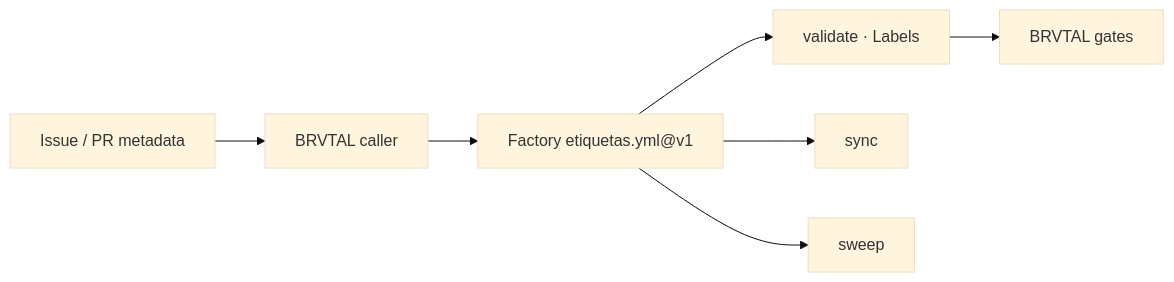
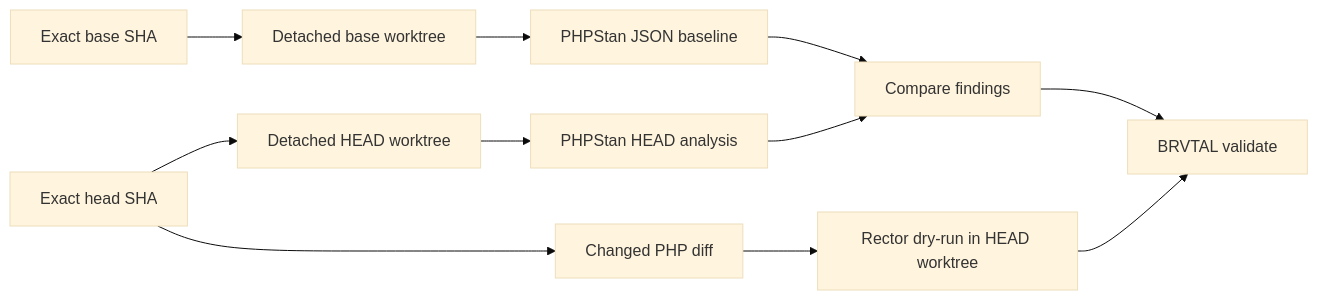
The diagram in README.md (pl0n3r/brvtal), drawn with Mermaid (base theme) before and after one commit. The commit also changed other lines of this file and 9 other files, not shown here.

First line of the commit message:
ci(quality): PHPStan baseline + Rector dry-run gates (#687)

````diff
--- a/README.md
+++ b/README.md
@@ -52,9 +53,13 @@
 ```mermaid
 flowchart LR
-  E["Issue / PR metadata"] --> C["BRVTAL caller"]
-  C --> F["Factory etiquetas.yml@v1"]
-  F --> V["validate · Labels"]
-  F --> S["sync"]
-  F --> W["sweep"]
-  V --> G["BRVTAL gates"]
+  B["Exact base SHA"] --> BW["Detached base worktree"]
+  H["Exact head SHA"] --> HW["Detached HEAD worktree"]
+  BW --> BL["PHPStan JSON baseline"]
+  HW --> P["PHPStan HEAD analysis"]
+  BL --> C["Compare findings"]
+  P --> C
+  H --> D["Changed PHP diff"]
+  D --> R["Rector dry-run in HEAD worktree"]
+  C --> V["BRVTAL validate"]
+  R --> V
 ```
````
